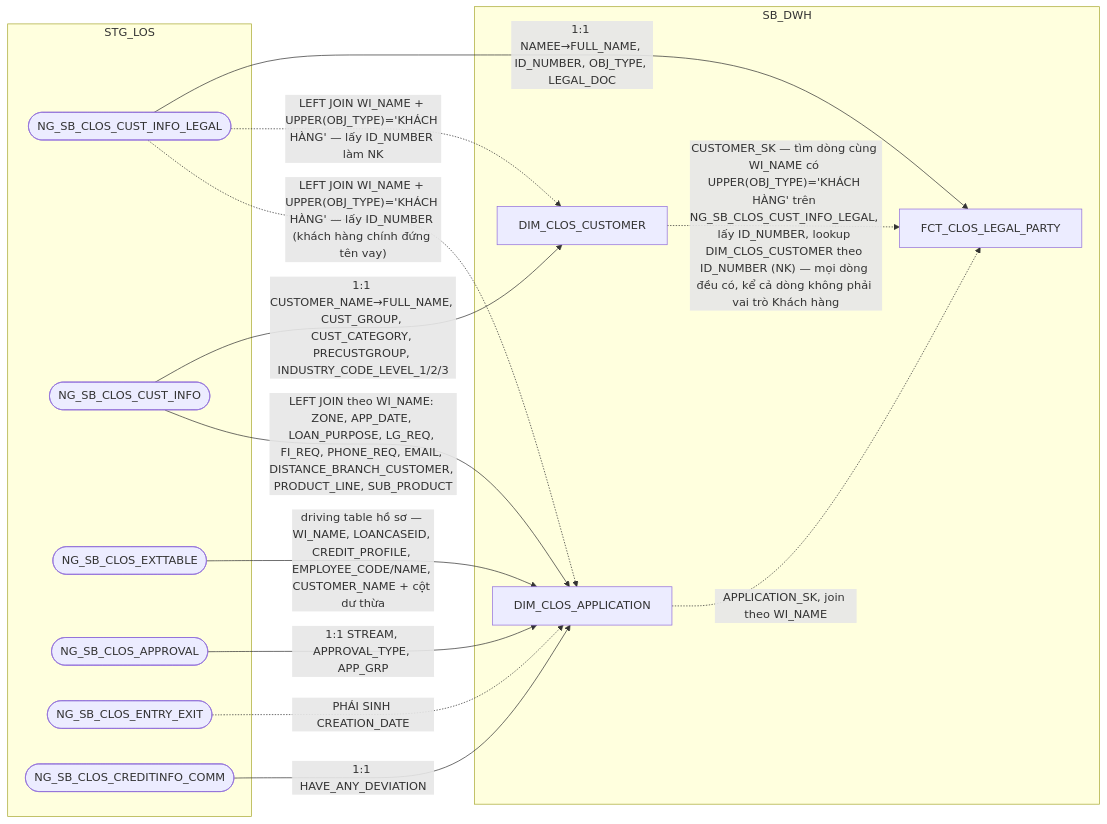
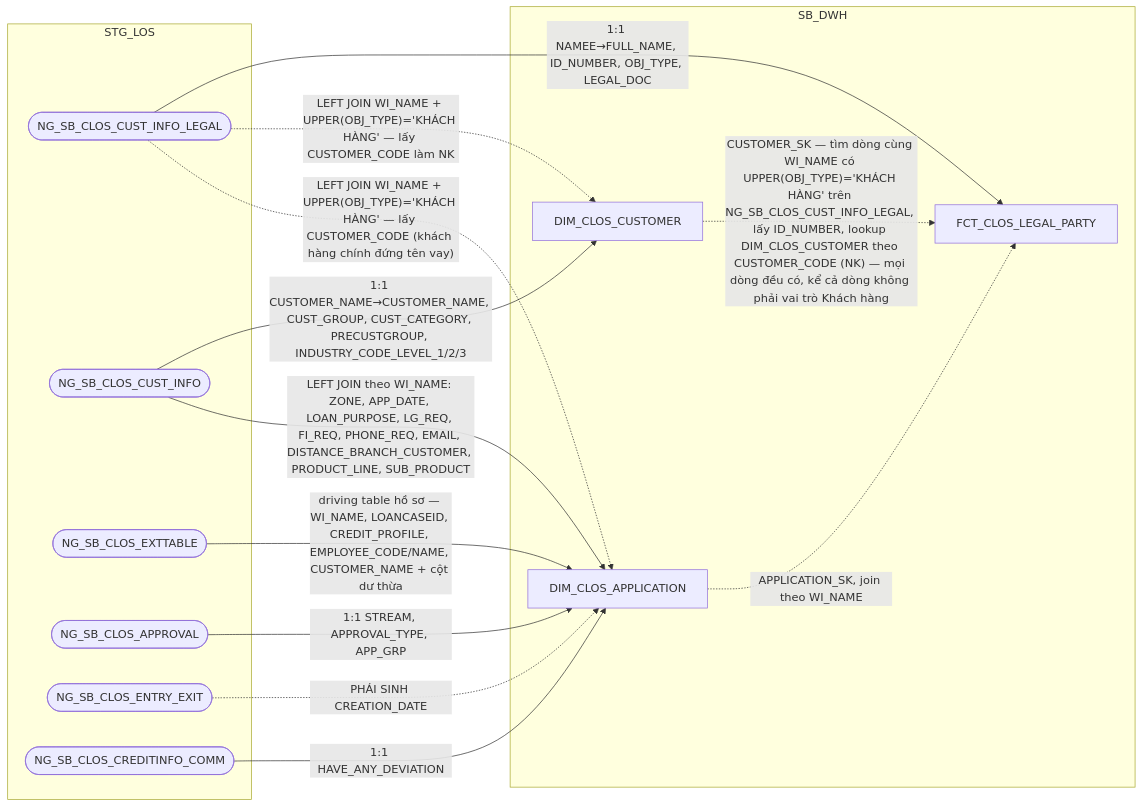
Before and after one commit to chien1198/sb-mapping-gen: the sixth of 14 diagrams in hld/hld_review/HLD_FCT_SB_DWH_review.md, drawn with Mermaid. The commit also changed other lines of this file and 39 other files, not shown here.

````diff
--- a/hld/hld_review/HLD_FCT_SB_DWH_review.md
+++ b/hld/hld_review/HLD_FCT_SB_DWH_review.md
@@ -456,27 +456,27 @@
 ```mermaid
 flowchart LR
     subgraph STG_LOS
         A(["NG_SB_CLOS_CUST_INFO_LEGAL"])
         CI(["NG_SB_CLOS_CUST_INFO"])
         EX(["NG_SB_CLOS_EXTTABLE"])
         AR(["NG_SB_CLOS_APPROVAL"])
         EE(["NG_SB_CLOS_ENTRY_EXIT"])
         CM(["NG_SB_CLOS_CREDITINFO_COMM"])
     end
     subgraph SB_DWH
         K["DIM_CLOS_CUSTOMER"]
         AP["DIM_CLOS_APPLICATION"]
         E["FCT_CLOS_LEGAL_PARTY"]
     end
     A -->|1:1 NAMEE→FULL_NAME, ID_NUMBER, OBJ_TYPE, LEGAL_DOC| E
-    K -.->|"CUSTOMER_SK — tìm dòng cùng WI_NAME có UPPER(OBJ_TYPE)='KHÁCH HÀNG' trên NG_SB_CLOS_CUST_INFO_LEGAL, lấy ID_NUMBER, lookup DIM_CLOS_CUSTOMER theo ID_NUMBER (NK) — mọi dòng đều có, kể cả dòng không phải vai trò Khách hàng"| E
+    K -.->|"CUSTOMER_SK — tìm dòng cùng WI_NAME có UPPER(OBJ_TYPE)='KHÁCH HÀNG' trên NG_SB_CLOS_CUST_INFO_LEGAL, lấy ID_NUMBER, lookup DIM_CLOS_CUSTOMER theo CUSTOMER_CODE (NK) — mọi dòng đều có, kể cả dòng không phải vai trò Khách hàng"| E
     AP -.->|"APPLICATION_SK, join theo WI_NAME"| E
-    CI -->|"1:1 CUSTOMER_NAME→FULL_NAME, CUST_GROUP, CUST_CATEGORY, PRECUSTGROUP, INDUSTRY_CODE_LEVEL_1/2/3"| K
-    A -.->|"LEFT JOIN WI_NAME + UPPER(OBJ_TYPE)='KHÁCH HÀNG' — lấy ID_NUMBER làm NK"| K
+    CI -->|"1:1 CUSTOMER_NAME→CUSTOMER_NAME, CUST_GROUP, CUST_CATEGORY, PRECUSTGROUP, INDUSTRY_CODE_LEVEL_1/2/3"| K
+    A -.->|"LEFT JOIN WI_NAME + UPPER(OBJ_TYPE)='KHÁCH HÀNG' — lấy CUSTOMER_CODE làm NK"| K
     EX -->|"driving table hồ sơ — WI_NAME, LOANCASEID, CREDIT_PROFILE, EMPLOYEE_CODE/NAME, CUSTOMER_NAME + cột dư thừa"| AP
     CI -->|"LEFT JOIN theo WI_NAME: ZONE, APP_DATE, LOAN_PURPOSE, LG_REQ, FI_REQ, PHONE_REQ, EMAIL, DISTANCE_BRANCH_CUSTOMER, PRODUCT_LINE, SUB_PRODUCT"| AP
-    A -.->|"LEFT JOIN WI_NAME + UPPER(OBJ_TYPE)='KHÁCH HÀNG' — lấy ID_NUMBER (khách hàng chính đứng tên vay)"| AP
+    A -.->|"LEFT JOIN WI_NAME + UPPER(OBJ_TYPE)='KHÁCH HÀNG' — lấy CUSTOMER_CODE (khách hàng chính đứng tên vay)"| AP
     AR -->|1:1 STREAM, APPROVAL_TYPE, APP_GRP| AP
     EE -.->|"PHÁI SINH CREATION_DATE"| AP
     CM -->|1:1 HAVE_ANY_DEVIATION| AP
 ```
````
